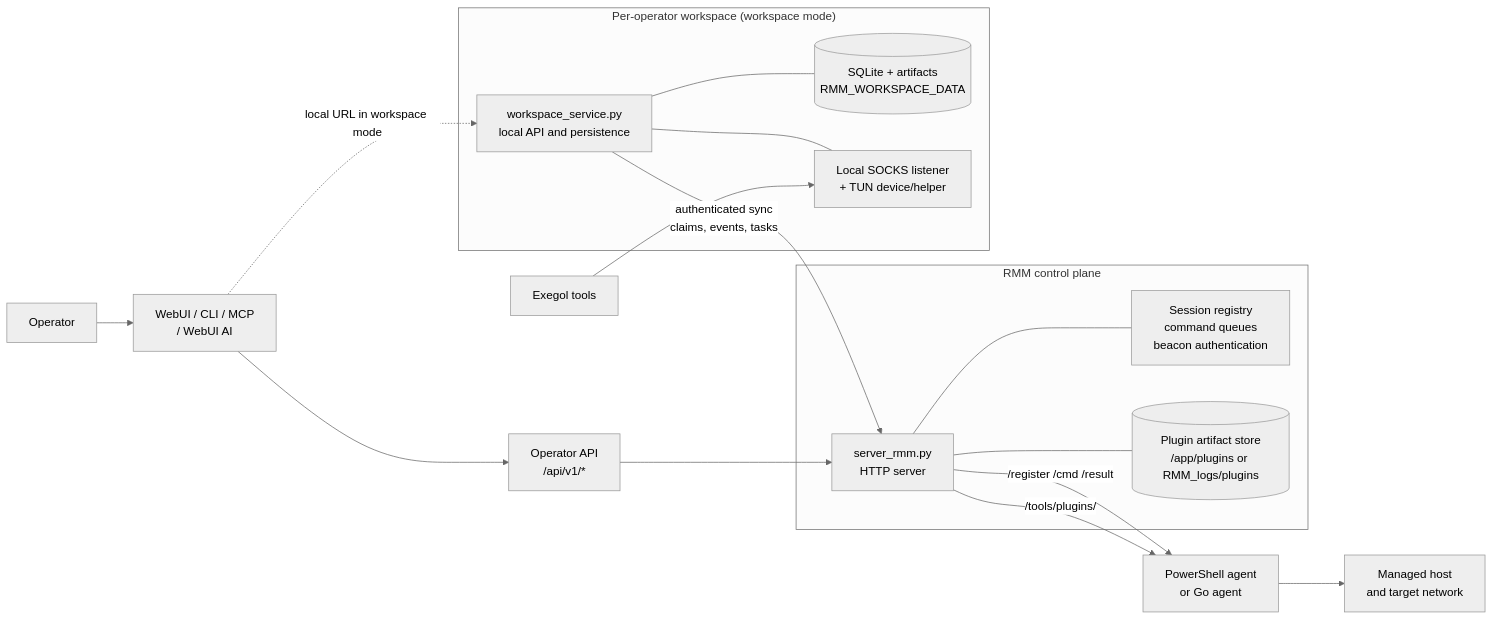
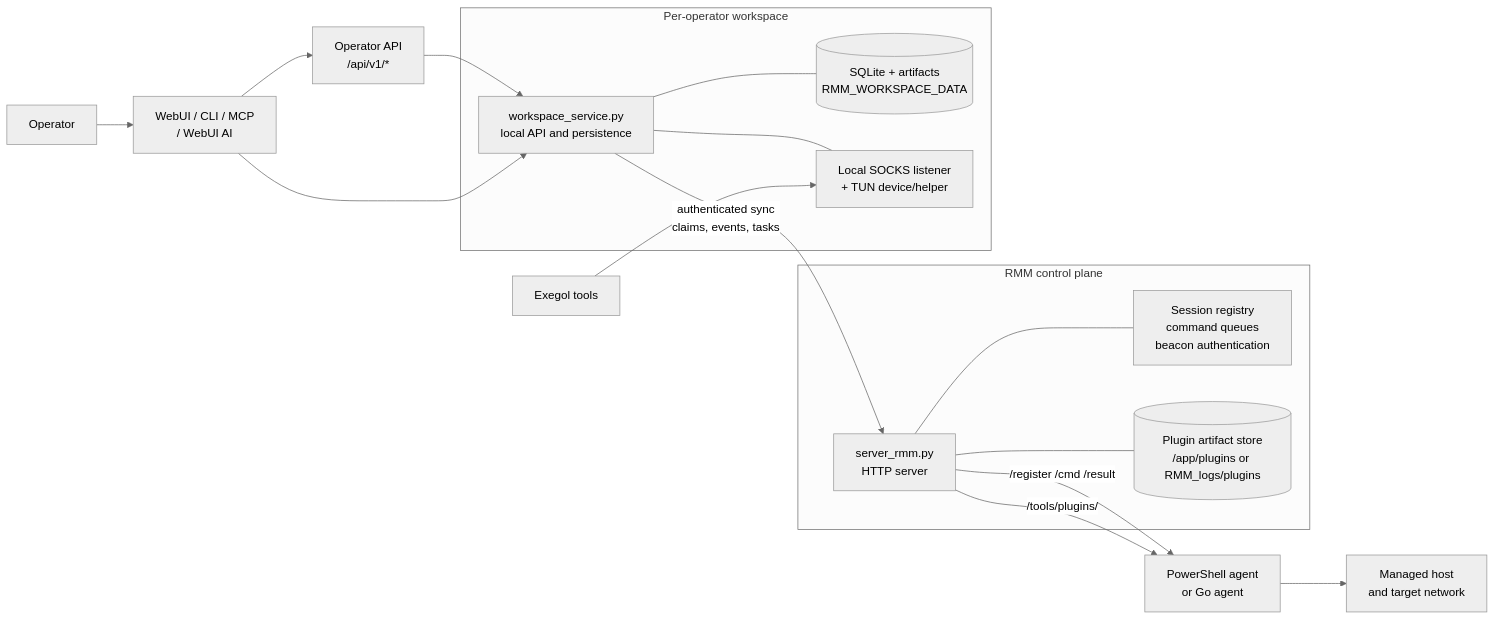
One commit to CyrilleFranchet/Minimal-RMM changed the first of 6 diagrams in docs/architecture.md. Above: the diagram before and after it, drawn with Mermaid (neutral theme). The commit also changed other lines of this file and 49 other files, not shown here.

````diff
--- a/docs/architecture.md
+++ b/docs/architecture.md
@@ -35,30 +35,30 @@
 ```mermaid
 flowchart LR
     operator["Operator"] --> surfaces["WebUI / CLI / MCP\n/ WebUI AI"]
     surfaces --> api["Operator API\n/api/v1/*"]
 
     subgraph control["RMM control plane"]
         server["server_rmm.py\nHTTP server"]
         state["Session registry\ncommand queues\nbeacon authentication"]
         artifacts[("Plugin artifact store\n/app/plugins or RMM_logs/plugins")]
         server --- state
         server --- artifacts
     end
 
-    api --> server
+    api --> local
     server -->|"/register /cmd /result"| agent["PowerShell agent\nor Go agent"]
     server -->|"/tools/plugins/<name>"| agent
     agent --> target["Managed host\nand target network"]
 
-    subgraph workspace["Per-operator workspace (workspace mode)"]
+    subgraph workspace["Per-operator workspace"]
         local["workspace_service.py\nlocal API and persistence"]
         db[("SQLite + artifacts\nRMM_WORKSPACE_DATA")]
         pivot["Local SOCKS listener\n+ TUN device/helper"]
         local --- db
         local --- pivot
     end
 
-    surfaces -. "local URL in workspace mode" .-> local
+    surfaces --> local
     local -->|"authenticated sync\nclaims, events, tasks"| server
     tools["Exegol tools"] --> pivot
 ```
````
